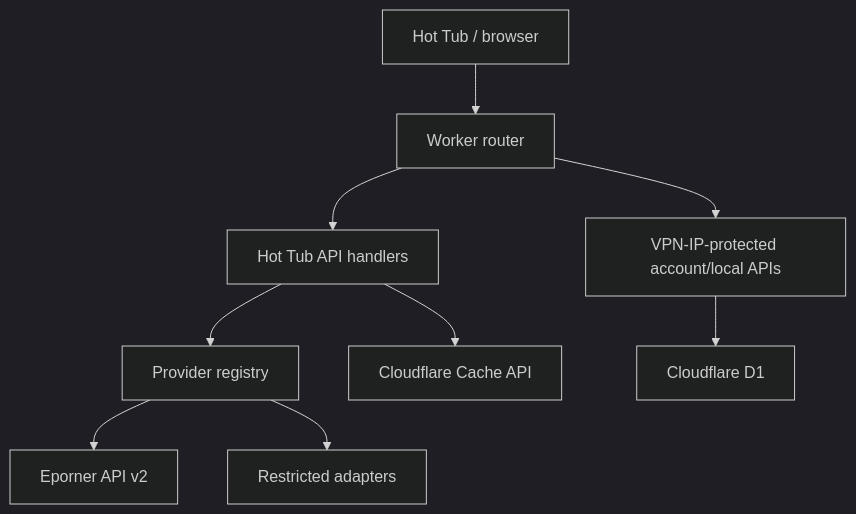
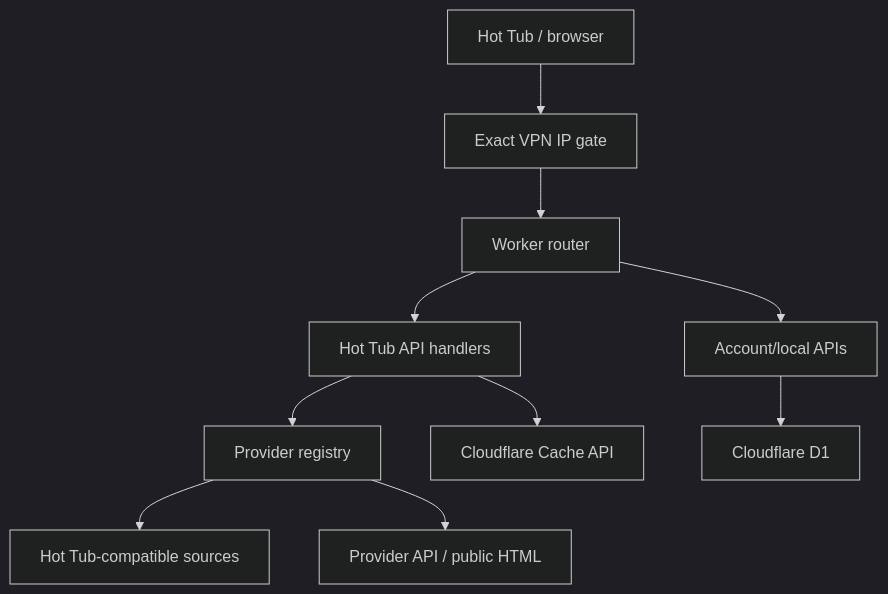
One commit to Nexus-Joe-Kane/NetKit changed the diagram in docs/architecture.md. Above: the diagram before and after it, drawn with Mermaid (dark theme). The commit also changed other lines of this file and 39 other files, not shown here.

Commit message:
Enable working Hot Tub provider catalogues (#5)

````diff
--- a/docs/architecture.md
+++ b/docs/architecture.md
@@ -9,11 +9,12 @@
 ```mermaid
 flowchart TD
-  Client["Hot Tub / browser"] --> Router["Worker router"]
+  Client["Hot Tub / browser"] --> Gate["Exact VPN IP gate"]
+  Gate --> Router["Worker router"]
   Router --> Protocol["Hot Tub API handlers"]
   Protocol --> Registry["Provider registry"]
-  Registry --> Eporner["Eporner API v2"]
-  Registry --> Stubs["Restricted adapters"]
-  Router --> Private["VPN-IP-protected account/local APIs"]
+  Registry --> Federation["Hot Tub-compatible sources"]
+  Registry --> Catalogues["Provider API / public HTML"]
+  Router --> Private["Account/local APIs"]
   Private --> D1["Cloudflare D1"]
   Protocol --> Cache["Cloudflare Cache API"]
 ```
````
